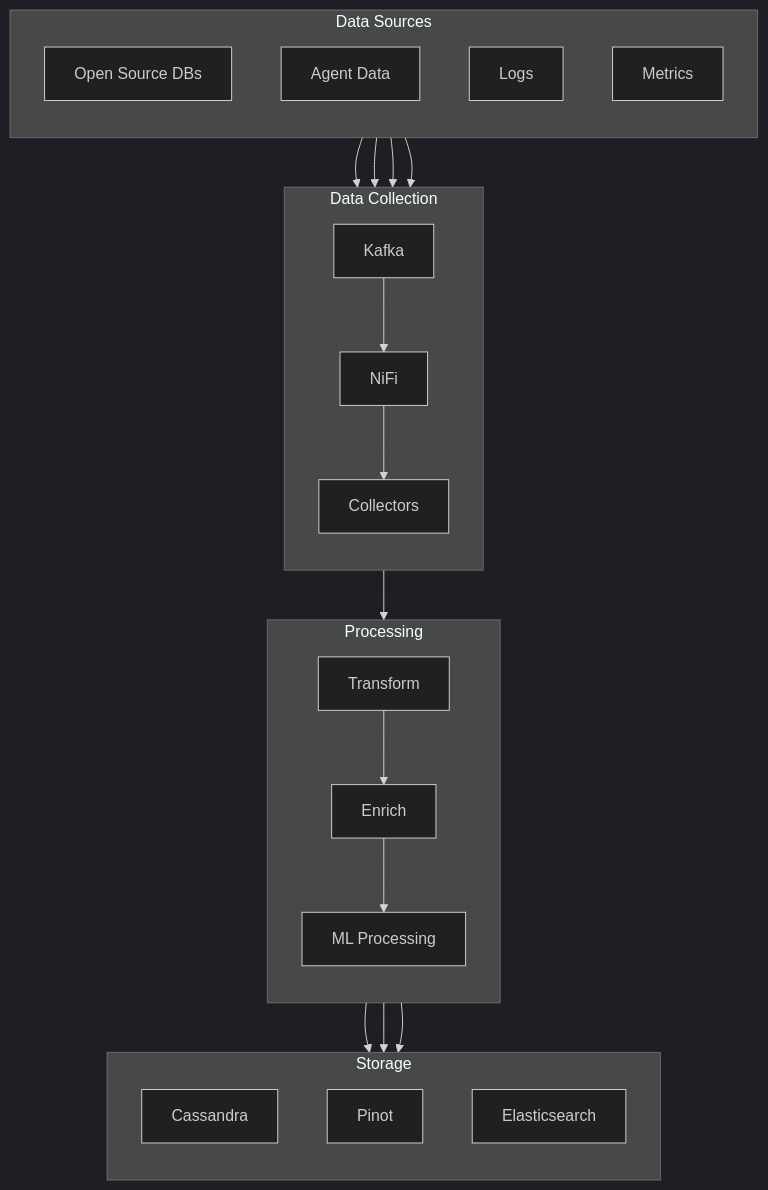
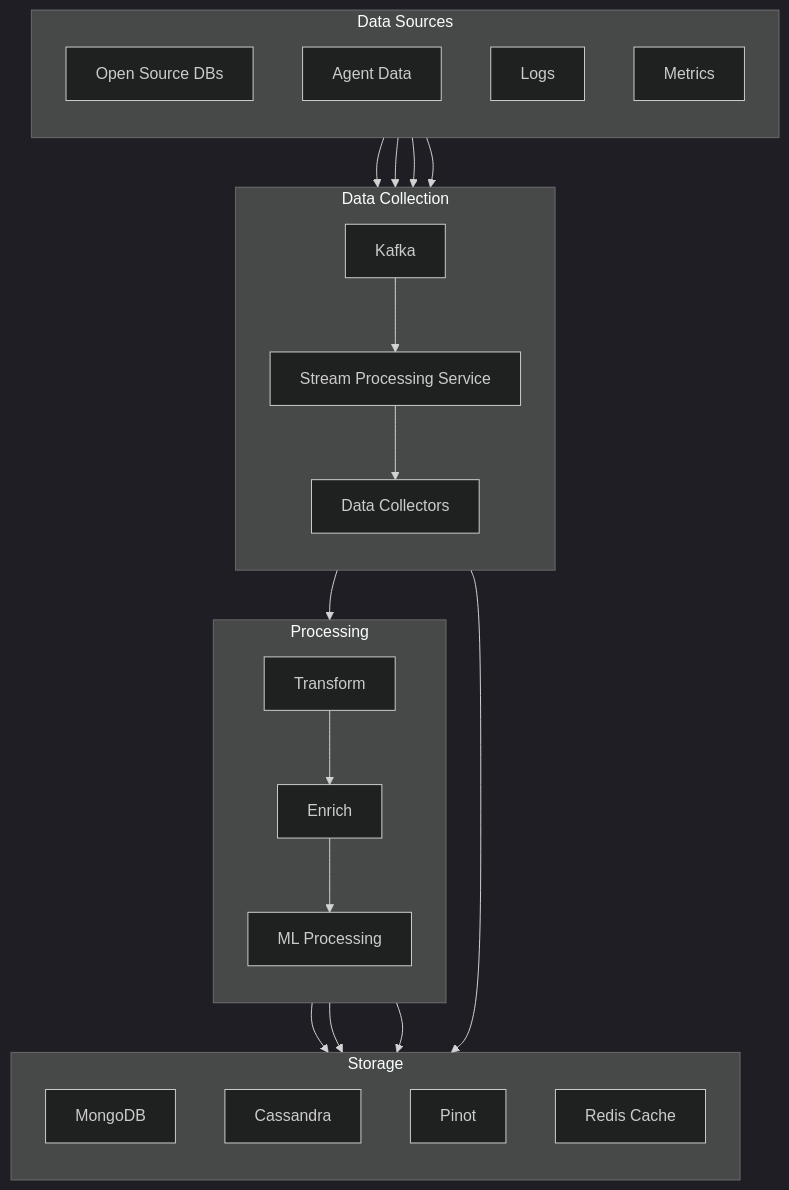
One commit to flamingo-stack/openframe-oss-tenant changed the first of 10 diagrams in docs/docs/development/architecture/data-flow.md. Above: the diagram before and after it, drawn with Mermaid (dark theme). The commit also changed other lines of this file and 7 other files, not shown here.

First line of the commit message:
Update architecture diagrams and remove outdated NiFi references

````diff
--- a/docs/docs/development/architecture/data-flow.md
+++ b/docs/docs/development/architecture/data-flow.md
@@ -7,44 +7,46 @@
 ```mermaid
 graph TB
     subgraph "Data Sources"
         direction TB
         OS[Open Source DBs]
         AG[Agent Data]
         LG[Logs]
         MET[Metrics]
     end
 
     subgraph "Data Collection"
         direction TB
         KAFKA[Kafka]
-        NIFI[NiFi]
-        COLLECTOR[Collectors]
+        STREAM[Stream Processing Service]
+        COLLECTOR[Data Collectors]
     end
 
     subgraph "Processing"
         direction TB
         TRANSFORM[Transform]
         ENRICH[Enrich]
         ML[ML Processing]
     end
 
     subgraph "Storage"
         direction TB
+        MONGO[MongoDB]
         CASS[Cassandra]
         PINOT[Pinot]
-        ES[Elasticsearch]
+        REDIS[Redis Cache]
     end
 
     OS --> KAFKA
     AG --> KAFKA
     LG --> KAFKA
     MET --> KAFKA
-    KAFKA --> NIFI
-    NIFI --> COLLECTOR
+    KAFKA --> STREAM
+    STREAM --> COLLECTOR
     COLLECTOR --> TRANSFORM
     TRANSFORM --> ENRICH
     ENRICH --> ML
+    ML --> MONGO
     ML --> CASS
     ML --> PINOT
-    ML --> ES
+    COLLECTOR --> REDIS
 ```
````
